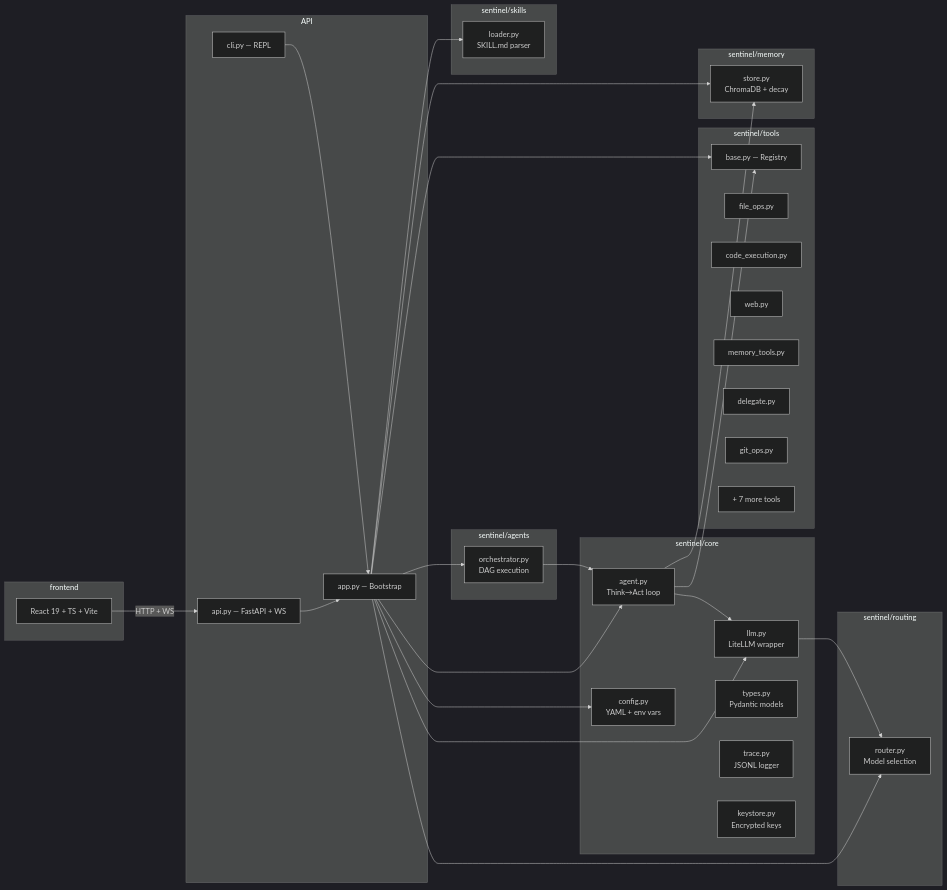
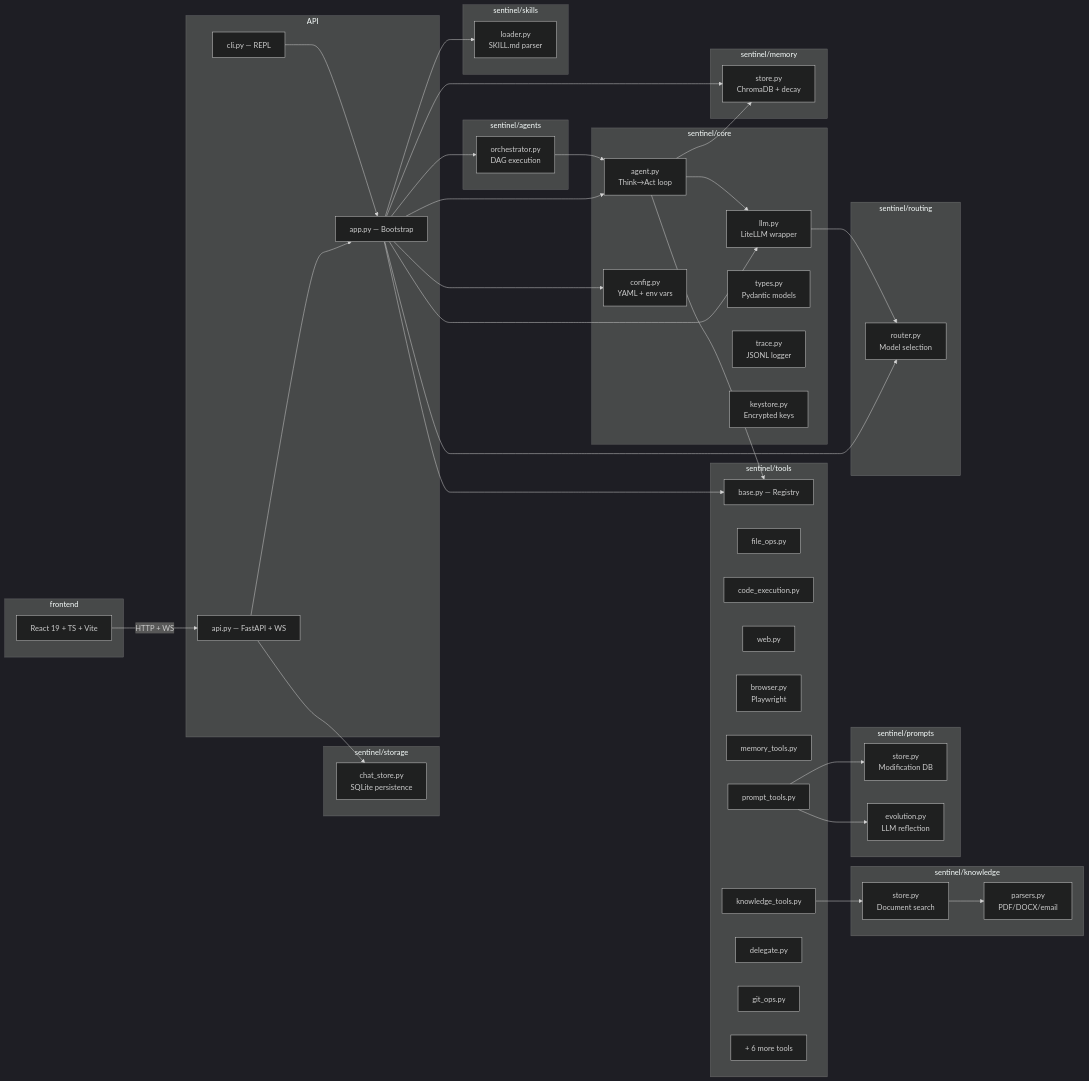
One commit to davidecampman/Cadence changed the sixth of 6 diagrams in README.md. Above: the diagram before and after it, drawn with Mermaid (dark theme). The commit also changed other lines of this file, not shown here.

````diff
--- a/README.md
+++ b/README.md
@@ -186,56 +186,76 @@
 ```mermaid
 graph LR
     subgraph sentinel/core
         agent[agent.py<br/>Think→Act loop]
         config[config.py<br/>YAML + env vars]
         llm[llm.py<br/>LiteLLM wrapper]
         types[types.py<br/>Pydantic models]
         trace[trace.py<br/>JSONL logger]
         keystore[keystore.py<br/>Encrypted keys]
     end
 
     subgraph sentinel/agents
         orch[orchestrator.py<br/>DAG execution]
     end
 
     subgraph sentinel/tools
         base[base.py — Registry]
         file_ops[file_ops.py]
         code_exec[code_execution.py]
         web[web.py]
+        browser_tool[browser.py<br/>Playwright]
         mem_tools[memory_tools.py]
+        kb_tools[knowledge_tools.py]
+        prompt_tools[prompt_tools.py]
         delegate[delegate.py]
         git[git_ops.py]
-        other[+ 7 more tools]
+        other[+ 6 more tools]
     end
 
     subgraph sentinel/memory
-        store[store.py<br/>ChromaDB + decay]
+        memstore[store.py<br/>ChromaDB + decay]
+    end
+
+    subgraph sentinel/knowledge
+        kbstore[store.py<br/>Document search]
+        parsers[parsers.py<br/>PDF/DOCX/email]
+    end
+
+    subgraph sentinel/prompts
+        prompt_store[store.py<br/>Modification DB]
+        evolution[evolution.py<br/>LLM reflection]
     end
 
     subgraph sentinel/routing
         router[router.py<br/>Model selection]
     end
 
     subgraph sentinel/skills
         loader[loader.py<br/>SKILL.md parser]
+    end
+
+    subgraph sentinel/storage
+        chat_store[chat_store.py<br/>SQLite persistence]
     end
 
     subgraph API
         api[api.py — FastAPI + WS]
         app[app.py — Bootstrap]
         cli[cli.py — REPL]
     end
 
     subgraph frontend
         react[React 19 + TS + Vite]
     end
 
-    app --> orch & agent & config & llm & store & router & loader & base
+    app --> orch & agent & config & llm & memstore & router & loader & base
     orch --> agent
-    agent --> llm & base & store
+    agent --> llm & base & memstore
     llm --> router
-    api --> app
+    kb_tools --> kbstore
+    kbstore --> parsers
+    prompt_tools --> prompt_store & evolution
+    api --> app & chat_store
     cli --> app
     react -->|HTTP + WS| api
 ```
````
